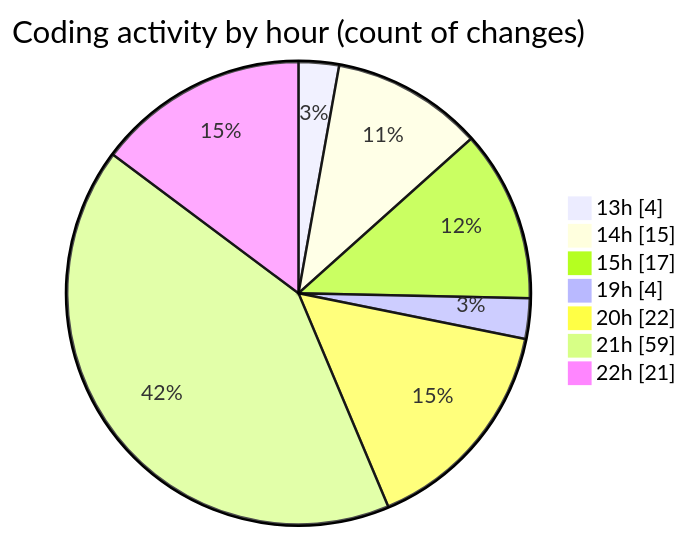
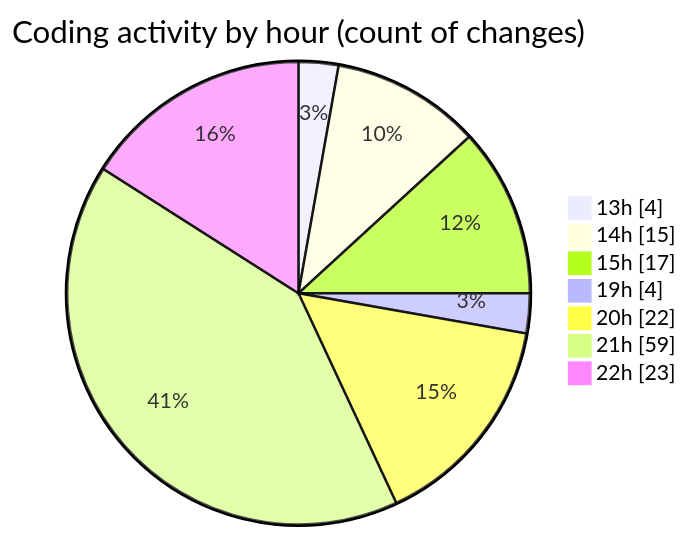
One commit to Ritupan-Deka/code-tracking changed the second of 2 diagrams in 2025-01-21/projects/README.md. Above: the diagram before and after it, drawn with Mermaid. The commit also changed other lines of this file and 1 other file, not shown here.

````diff
--- a/2025-01-21/projects/README.md
+++ b/2025-01-21/projects/README.md
@@ -42,11 +42,11 @@
 ```mermaid
 pie showData
 title Coding activity by hour (count of changes)
 "13h" : 4
 "14h" : 15
 "15h" : 17
 "19h" : 4
 "20h" : 22
 "21h" : 59
-"22h" : 21
+"22h" : 23
 ```
````
